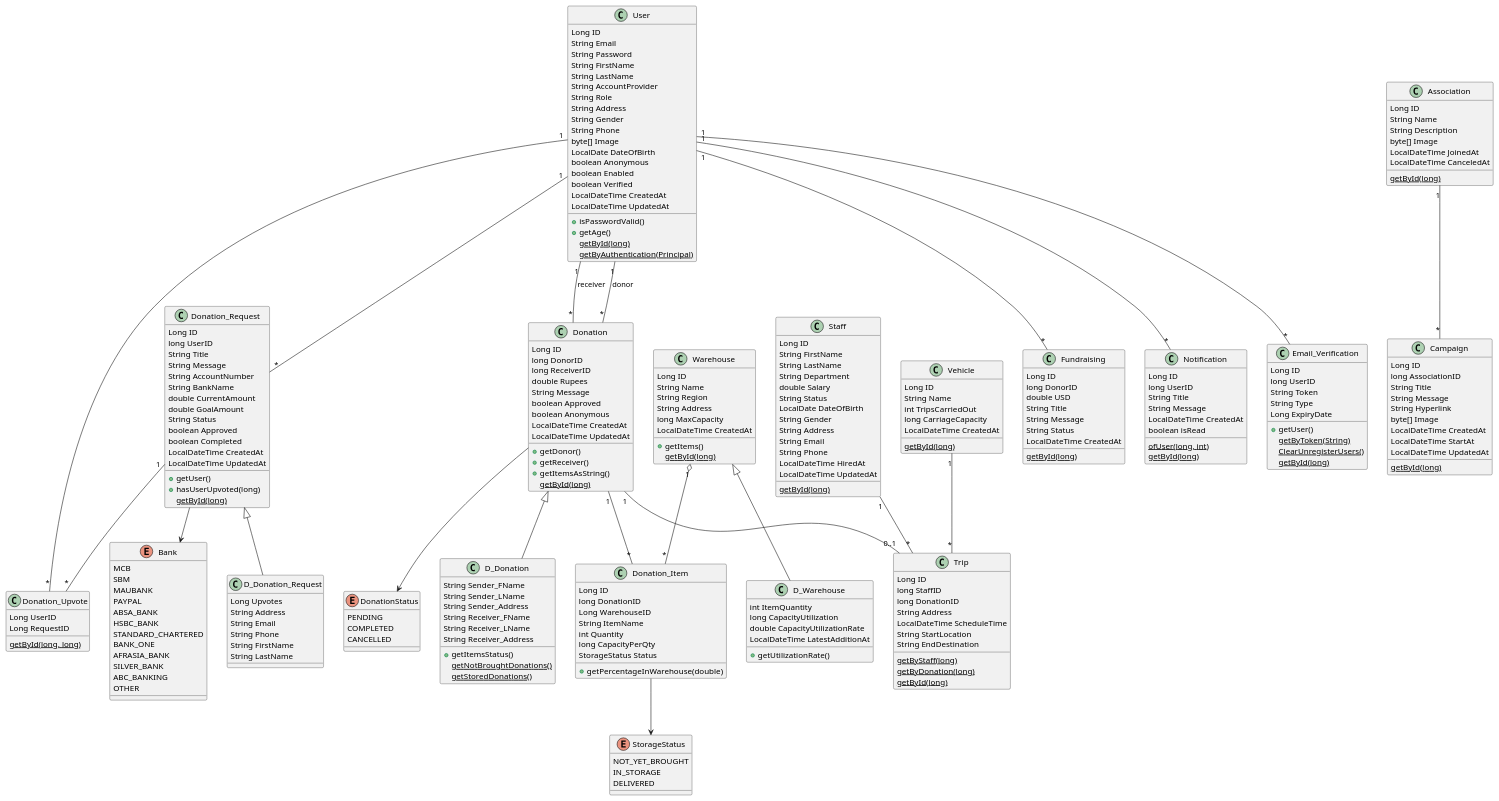
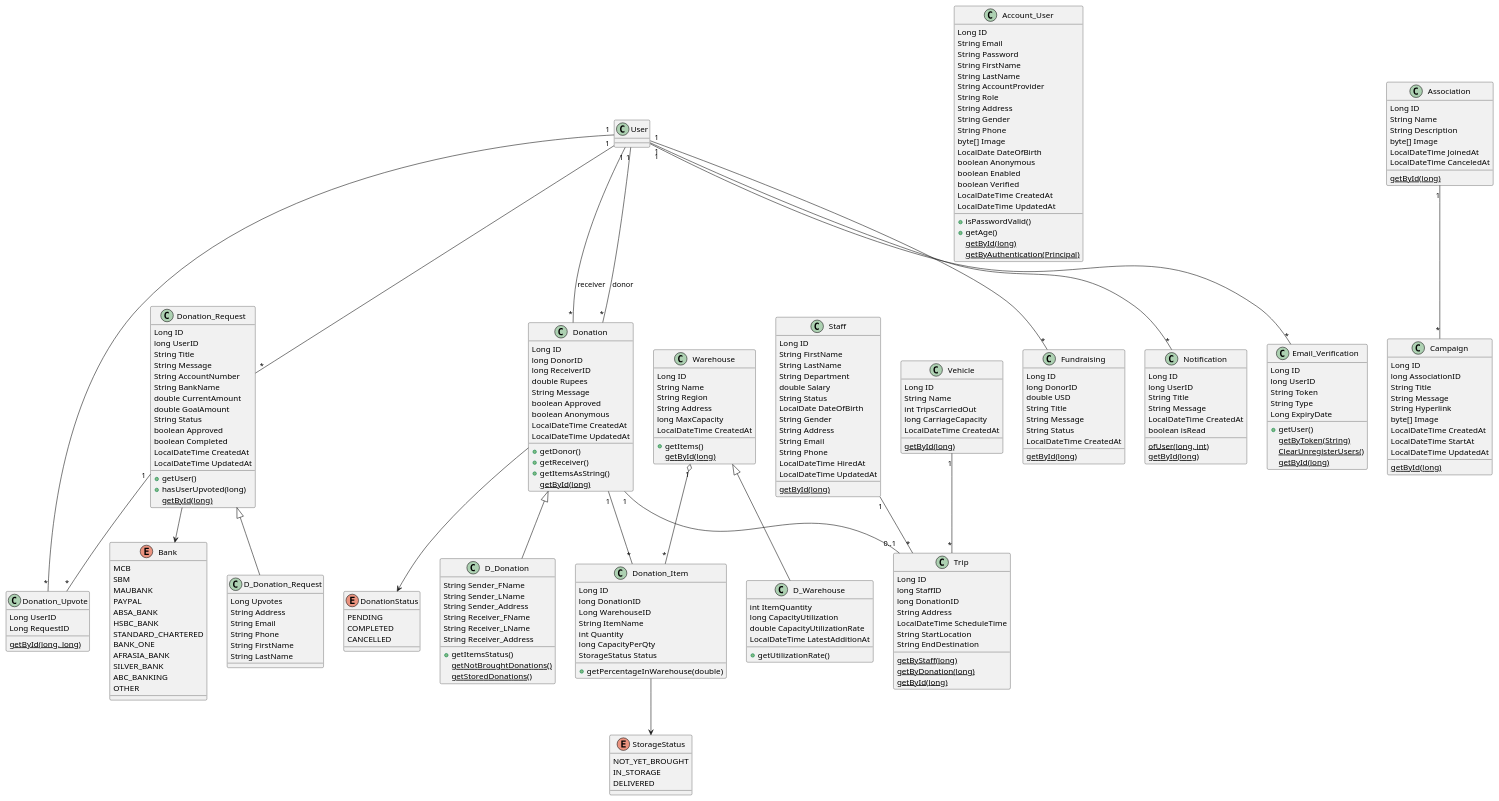
Before and after one commit to loicfred/MauDonate: the diagram in UMLDiagram.puml, drawn with PlantUML. The commit also changed 36 other files, not shown here.

```diff
--- a/UMLDiagram.puml
+++ b/UMLDiagram.puml
@@ -34,7 +34,7 @@
 ' =========================
 ' CORE ENTITIES
 ' =========================
-class User {
+class Account_User {
   Long ID
   String Email
   String Password
```
